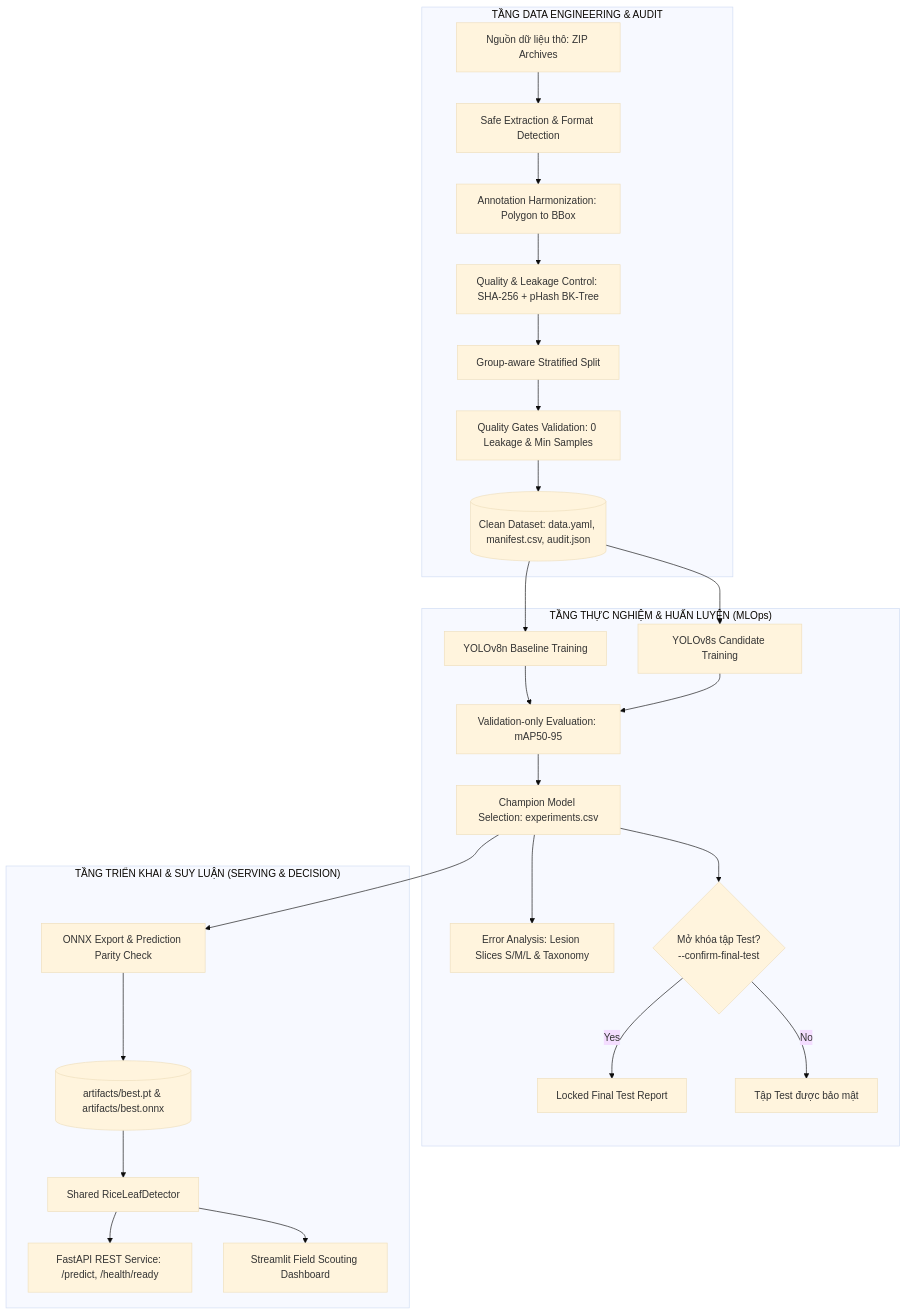
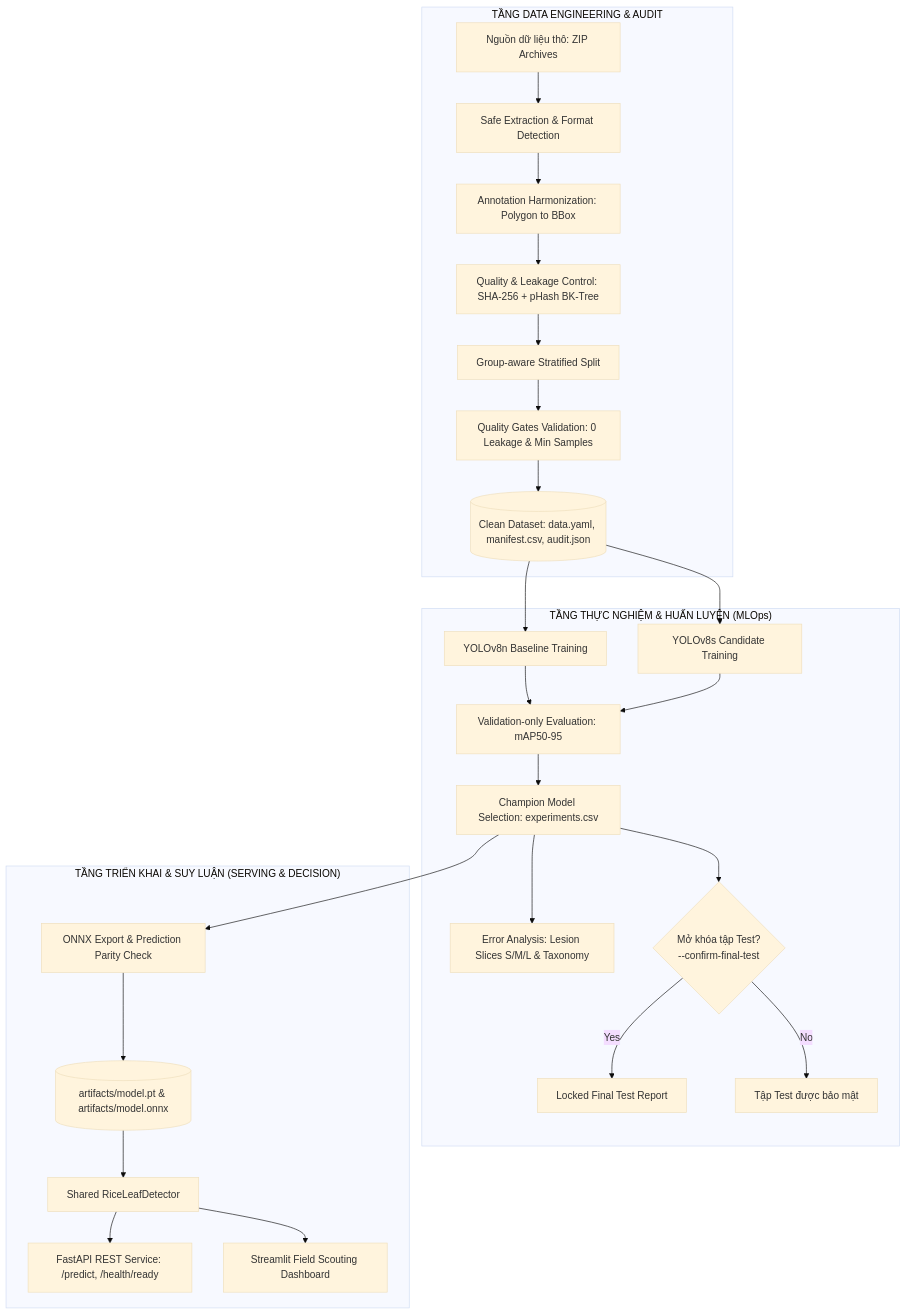
The first of 5 diagrams in docs/DATA_AND_LOGIC_FLOW.md (haminhthong/rice-leaf-disease-recognition), drawn with Mermaid (base theme) before and after one commit. The commit also changed other lines of this file and 29 other files, not shown here.

````diff
--- a/docs/DATA_AND_LOGIC_FLOW.md
+++ b/docs/DATA_AND_LOGIC_FLOW.md
@@ -12,30 +12,30 @@
 ```mermaid
 flowchart TD
     subgraph DataEngineering["TẦNG DATA ENGINEERING & AUDIT"]
         A[Nguồn dữ liệu thô: ZIP Archives] --> B[Safe Extraction & Format Detection]
         B --> C[Annotation Harmonization: Polygon to BBox]
         C --> D[Quality & Leakage Control: SHA-256 + pHash BK-Tree]
         D --> E[Group-aware Stratified Split]
         E --> F[Quality Gates Validation: 0 Leakage & Min Samples]
         F --> G[(Clean Dataset: data.yaml, manifest.csv, audit.json)]
     end
 
     subgraph MLOps["TẦNG THỰC NGHIỆM & HUẤN LUYỆN (MLOps)"]
         G --> H[YOLOv8n Baseline Training]
         G --> I[YOLOv8s Candidate Training]
         H & I --> J[Validation-only Evaluation: mAP50-95]
         J --> K[Champion Model Selection: experiments.csv]
         K --> L[Error Analysis: Lesion Slices S/M/L & Taxonomy]
         K --> M{Mở khóa tập Test?\n--confirm-final-test}
         M -- Yes --> N[Locked Final Test Report]
         M -- No --> O[Tập Test được bảo mật]
     end
 
     subgraph Serving["TẦNG TRIỂN KHAI & SUY LUẬN (SERVING & DECISION)"]
         K --> P[ONNX Export & Prediction Parity Check]
-        P --> Q[(artifacts/best.pt & artifacts/best.onnx)]
+        P --> Q[(artifacts/model.pt & artifacts/model.onnx)]
         Q --> R[Shared RiceLeafDetector]
         R --> S[FastAPI REST Service: /predict, /health/ready]
         R --> T[Streamlit Field Scouting Dashboard]
     end
 ```
````
